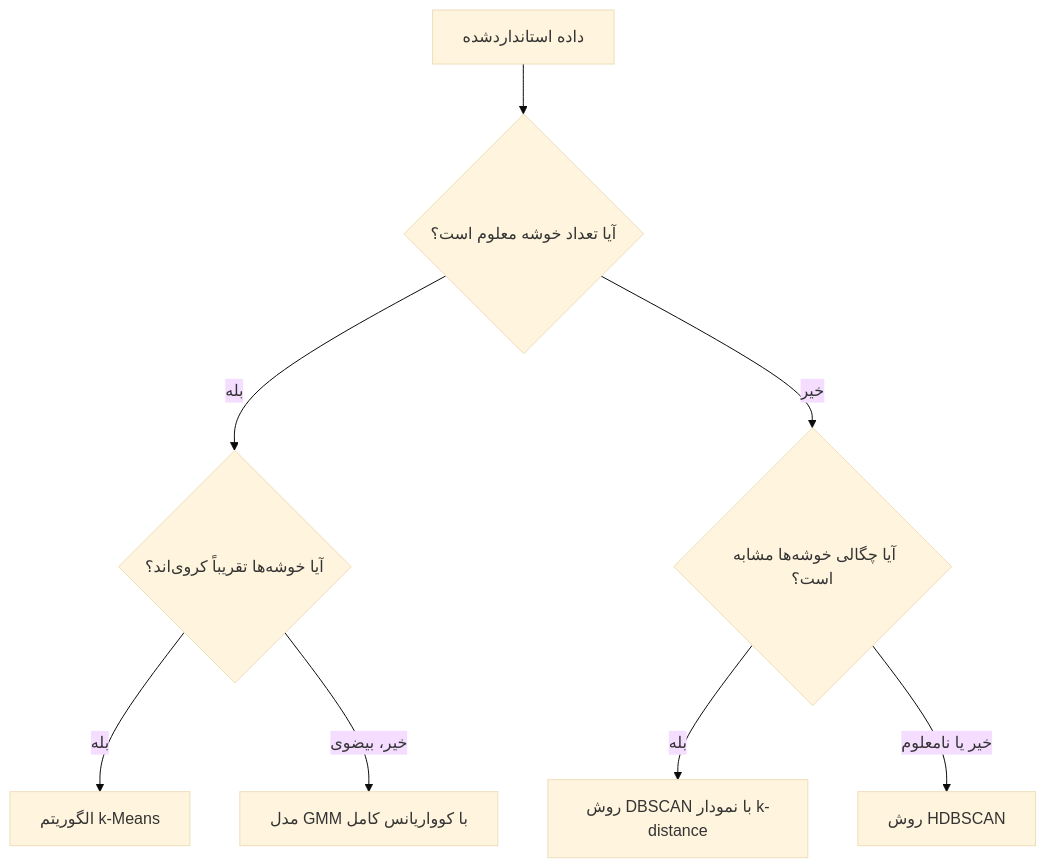
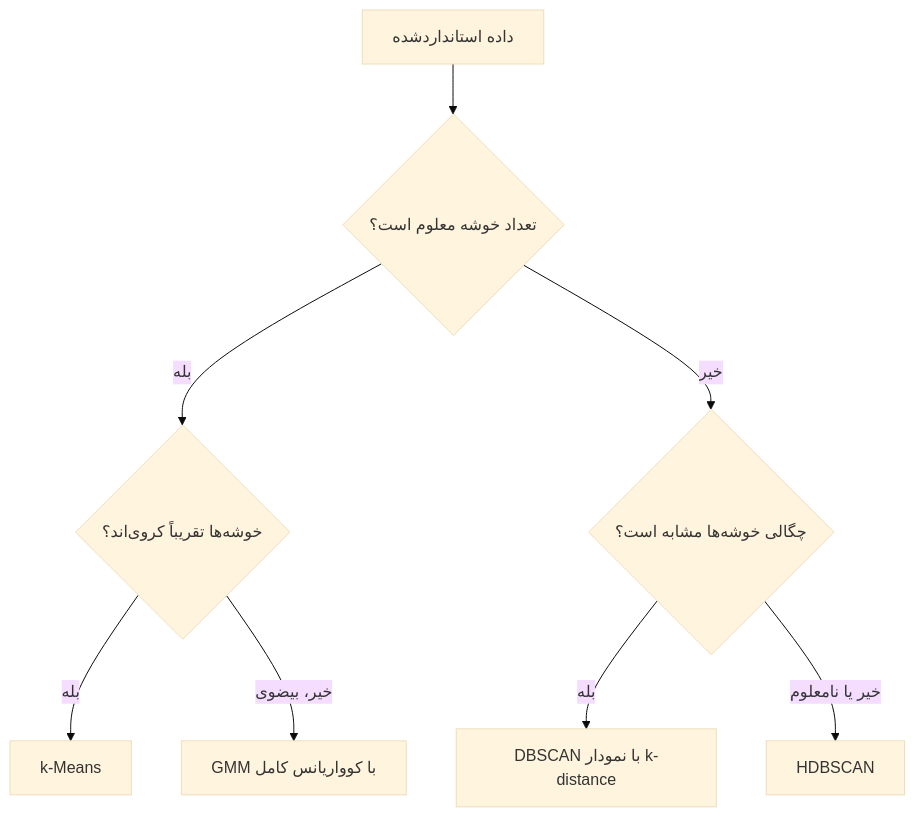
One commit to haghbinh/DM_Course changed the diagram in Part 6_Clustering/28 - خوشه‌بندی چگالی‌محور و مبتنی بر مدل.md. Above: the diagram before and after it, drawn with Mermaid (base theme). The commit also changed other lines of this file and 23 other files, not shown here.

````diff
--- a/Part 6_Clustering/28 - خوشه‌بندی چگالی‌محور و مبتنی بر مدل.md
+++ b/Part 6_Clustering/28 - خوشه‌بندی چگالی‌محور و مبتنی بر مدل.md
@@ -325,10 +540,10 @@
 ```mermaid
 flowchart TD
-    A["داده استانداردشده"] --> B{"آیا تعداد خوشه معلوم است؟"}
-    B -- "بله" --> C{"آیا خوشه‌ها تقریباً کروی‌اند؟"}
-    C -- "بله" --> D["الگوریتم k-Means"]
-    C -- "خیر، بیضوی" --> E["مدل GMM با کوواریانس کامل"]
-    B -- "خیر" --> F{"آیا چگالی خوشه‌ها مشابه است؟"}
-    F -- "بله" --> G["روش DBSCAN با نمودار k-distance"]
-    F -- "خیر یا نامعلوم" --> H["روش HDBSCAN"]
+    A["داده استانداردشده"] --> B{"تعداد خوشه معلوم است؟"}
+    B -- "بله" --> C{"خوشه‌ها تقریباً کروی‌اند؟"}
+    C -- "بله" --> D["k-Means"]
+    C -- "خیر، بیضوی" --> E["GMM با کوواریانس کامل"]
+    B -- "خیر" --> F{"چگالی خوشه‌ها مشابه است؟"}
+    F -- "بله" --> G["DBSCAN با نمودار k-distance"]
+    F -- "خیر یا نامعلوم" --> H["HDBSCAN"]
 ```
````
